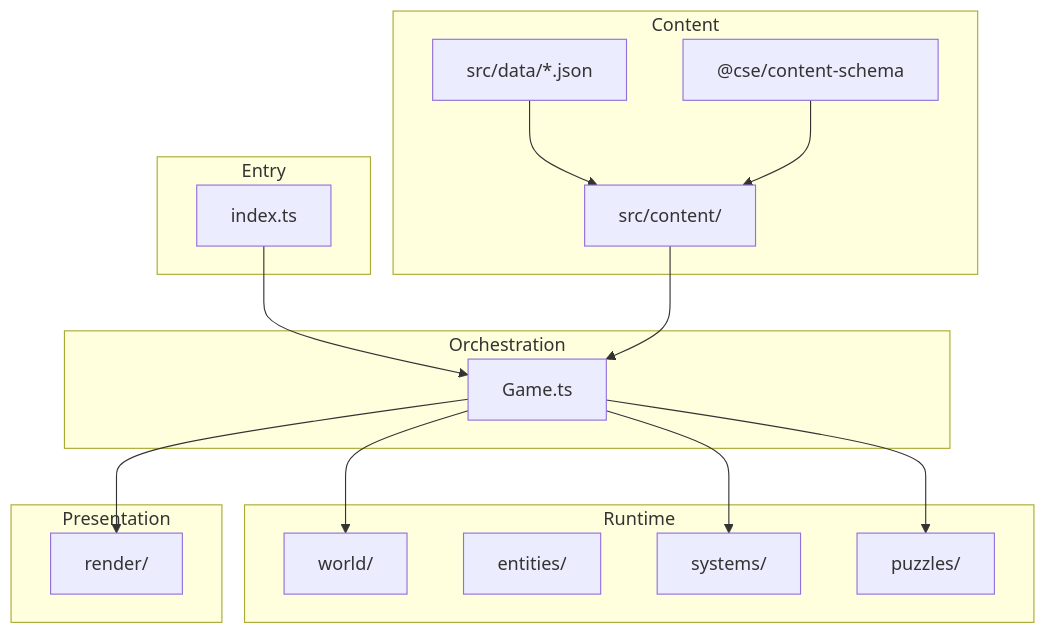
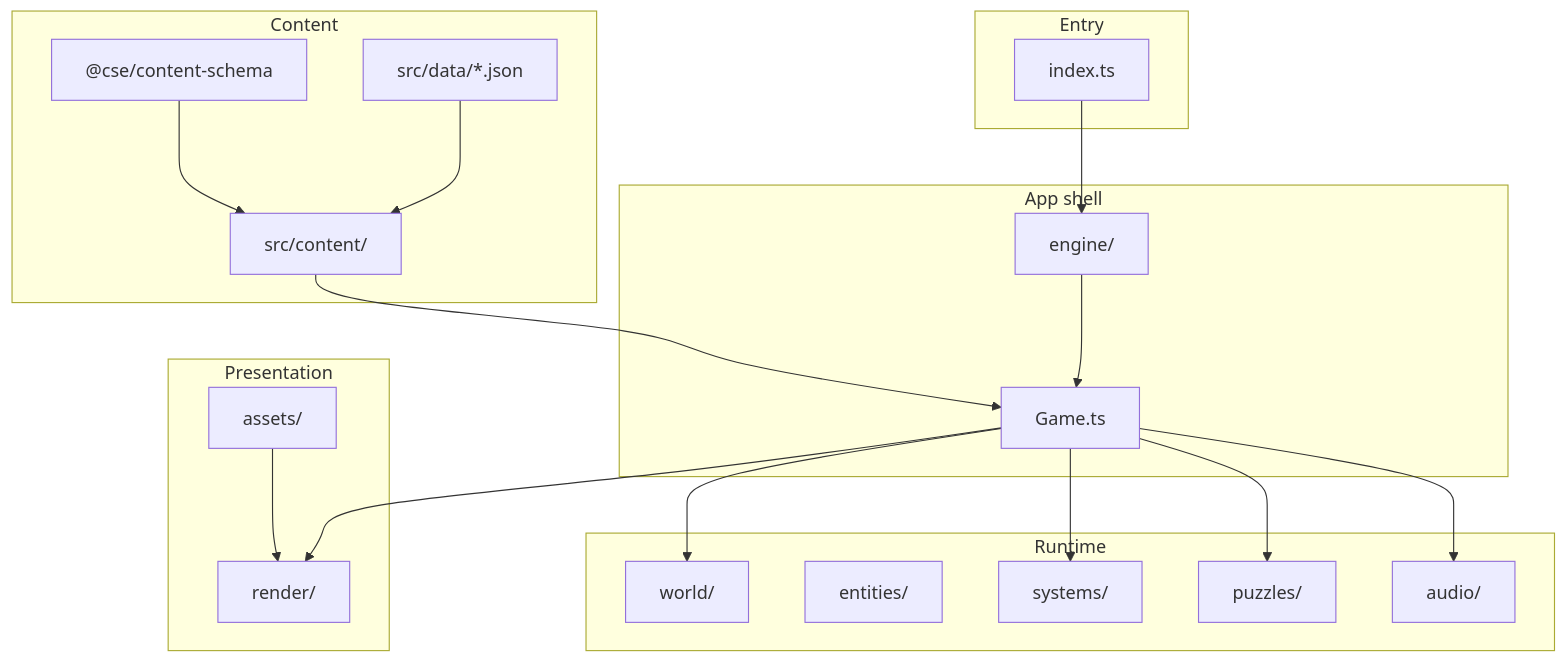
Before and after one commit to temedeus/burden-of-proof-clock-stopped-at-eleven: the diagram in ARCHITECTURE.md, drawn with Mermaid. The commit also changed other lines of this file and 7 other files, not shown here.

Commit message:
Architecture update

````diff
--- a/ARCHITECTURE.md
+++ b/ARCHITECTURE.md
@@ -20,36 +20,42 @@
 ```mermaid
 flowchart TB
     subgraph entry [Entry]
         indexTs[index.ts]
     end
 
-    subgraph orchestration [Orchestration]
+    subgraph shell [App shell]
+        engine[engine/]
         Game[Game.ts]
     end
 
     subgraph content [Content]
         schema["@cse/content-schema"]
         dataJson["src/data/*.json"]
         loaders["src/content/"]
     end
 
     subgraph runtime [Runtime]
         world[world/]
         entities[entities/]
         systems[systems/]
         puzzles[puzzles/]
+        audio[audio/]
     end
 
     subgraph presentation [Presentation]
         render[render/]
+        assets[assets/]
     end
 
-    indexTs --> Game
+    indexTs --> engine
+    engine --> Game
     dataJson --> loaders
     schema --> loaders
     loaders --> Game
     Game --> world
     Game --> systems
     Game --> puzzles
+    Game --> audio
     Game --> render
+    assets --> render
 ```
````
